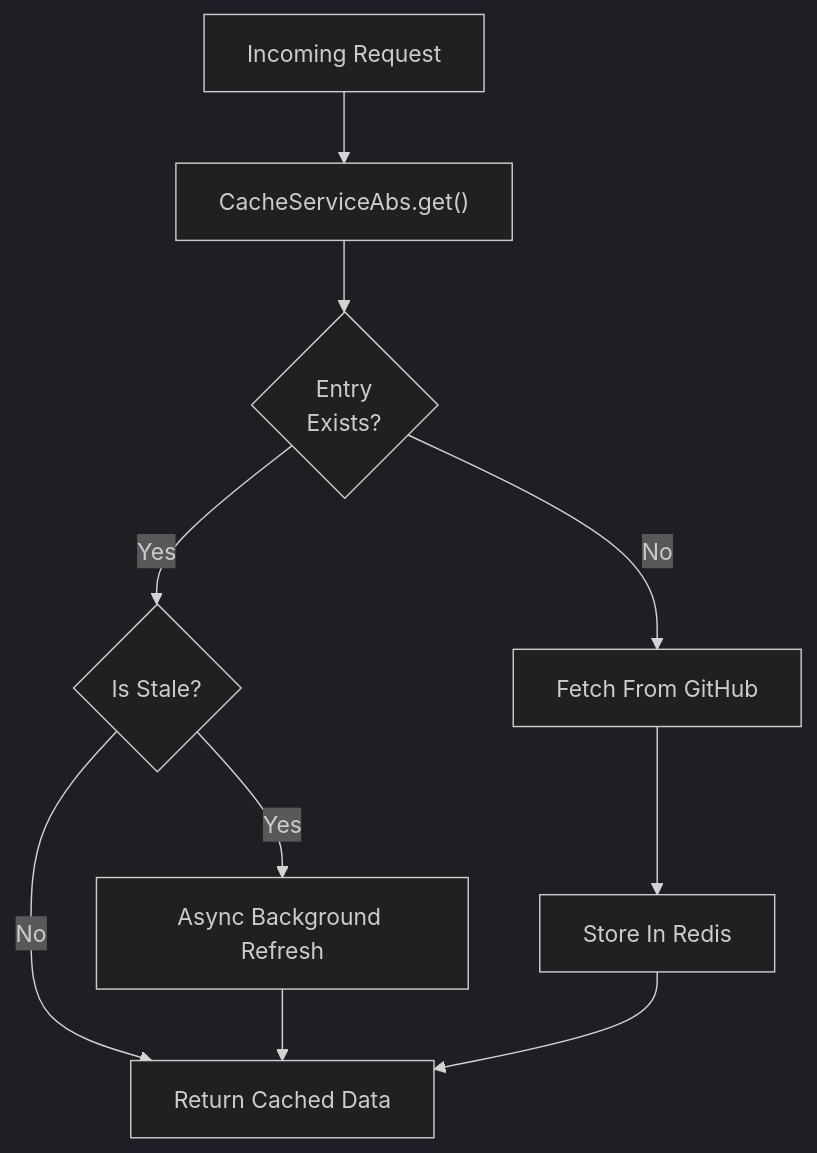
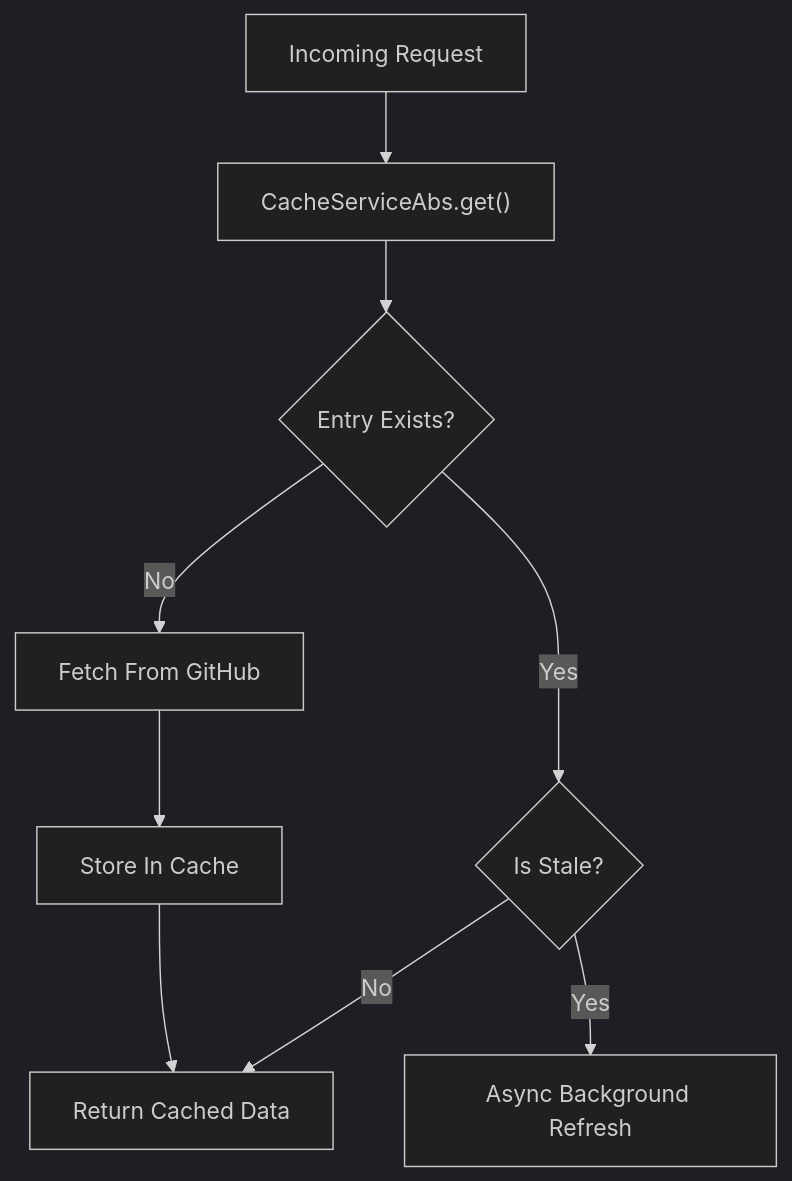
Before and after one commit to flamingo-stack/major-league-github: the fourth of 6 diagrams in docs/development/architecture/README.md, drawn with Mermaid (dark theme). The commit also changed other lines of this file and 91 other files, not shown here.

````diff
--- a/docs/development/architecture/README.md
+++ b/docs/development/architecture/README.md
@@ -159,12 +125,11 @@
 ```mermaid
 flowchart TD
     Request["Incoming Request"] --> CacheCheck["CacheServiceAbs.get()"]
-    CacheCheck --> Exists{"Entry\nExists?"}
+    CacheCheck --> Exists{"Entry Exists?"}
     Exists -->|"No"| Fetch["Fetch From GitHub"]
     Exists -->|"Yes"| Stale{"Is Stale?"}
     Stale -->|"No"| Return["Return Cached Data"]
     Stale -->|"Yes"| AsyncRefresh["Async Background Refresh"]
-    AsyncRefresh --> Return
-    Fetch --> Store["Store In Redis"]
+    Fetch --> Store["Store In Cache"]
     Store --> Return
 ```
````
